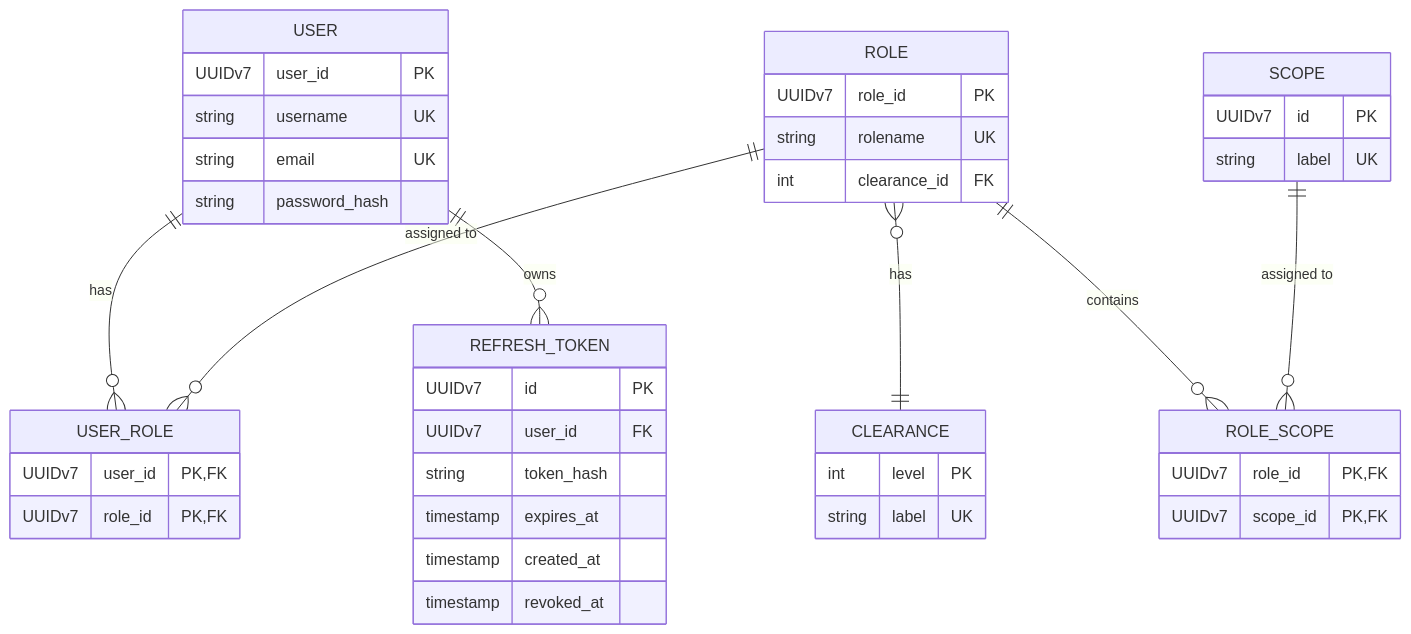
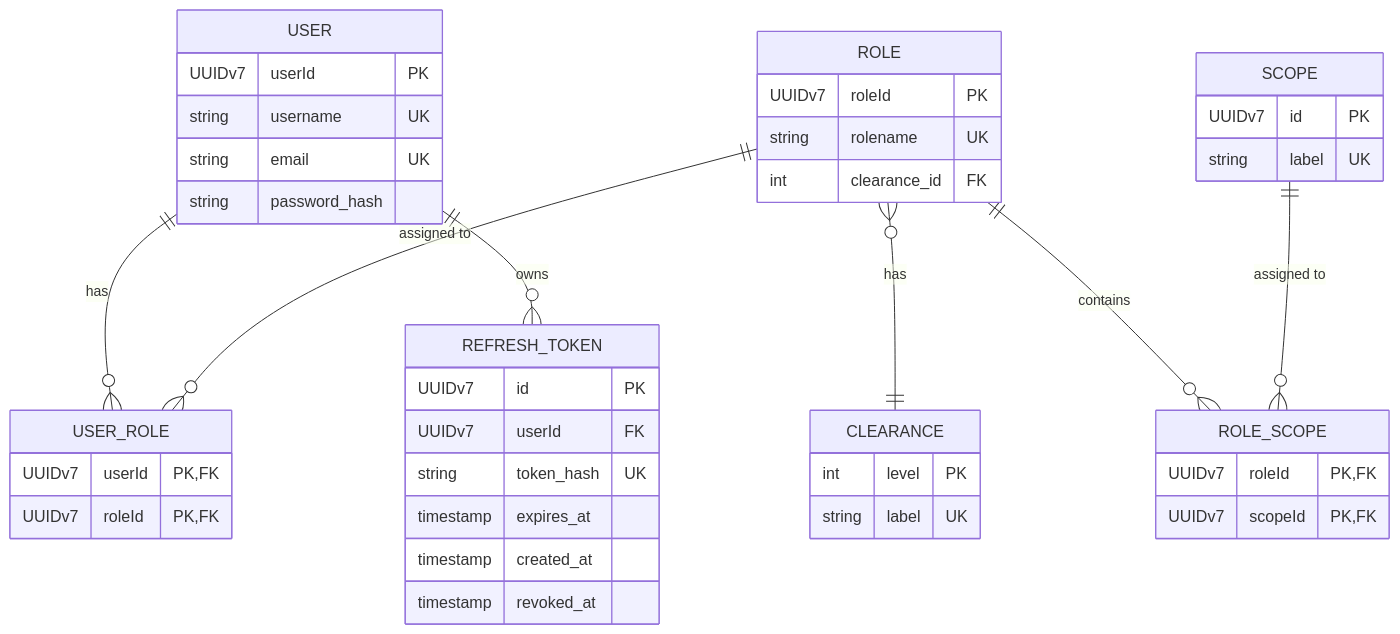
One commit to InfoBrees/capitly changed the diagram in capitly/auth/docs/auth_database.md. Above: the diagram before and after it, drawn with Mermaid. The commit also changed other lines of this file, not shown here.

````diff
--- a/capitly/auth/docs/auth_database.md
+++ b/capitly/auth/docs/auth_database.md
@@ -20,51 +21,51 @@
 ```mermaid
 erDiagram
     USER {
-        UUIDv7 user_id PK
+        UUIDv7 userId PK
         string username UK
         string email UK
         string password_hash
     }
 
     ROLE {
-        UUIDv7 role_id PK
+        UUIDv7 roleId PK
         string rolename UK
         int clearance_id FK
     }
 
     CLEARANCE {
         int level PK
         string label UK
     }
 
     SCOPE {
         UUIDv7 id PK
         string label UK
     }
 
     USER_ROLE {
-        UUIDv7 user_id PK, FK
-        UUIDv7 role_id PK, FK
+        UUIDv7 userId PK, FK
+        UUIDv7 roleId PK, FK
     }
 
     ROLE_SCOPE {
-        UUIDv7 role_id PK, FK
-        UUIDv7 scope_id PK, FK
+        UUIDv7 roleId PK, FK
+        UUIDv7 scopeId PK, FK
     }
 
     REFRESH_TOKEN {
         UUIDv7 id PK
-        UUIDv7 user_id FK
-        string token_hash
+        UUIDv7 userId FK
+        string token_hash UK
         timestamp expires_at
         timestamp created_at
         timestamp revoked_at
     }
 
     USER ||--o{ USER_ROLE : "has"
     ROLE ||--o{ USER_ROLE : "assigned to"
     ROLE }o--|| CLEARANCE : "has"
     ROLE ||--o{ ROLE_SCOPE : "contains"
     SCOPE ||--o{ ROLE_SCOPE : "assigned to"
     USER ||--o{ REFRESH_TOKEN : "owns"
 ```
````
